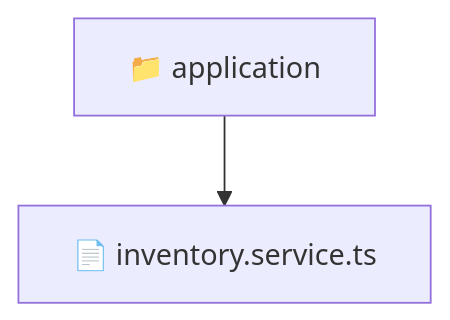
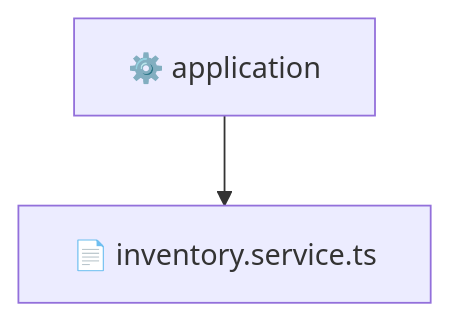
One commit to beginwebdev2002/fullstack-mavluda changed the diagram in backend/src/modules/inventory/application/README.md. Above: the diagram before and after it, drawn with Mermaid. The commit also changed other lines of this file and 165 other files, not shown here.

First line of the commit message:
docs: generate localized architectural READMEs

````diff
--- a/backend/src/modules/inventory/application/README.md
+++ b/backend/src/modules/inventory/application/README.md
@@ -10,5 +11,5 @@
 ```mermaid
 graph TD
-  Root["📁 application"]
-  Root --> inventoryservicets["📄 inventory.service.ts"]
+  application["⚙️ application"]
+  application --> inventory_service_ts["📄 inventory.service.ts"]
 ```
````
